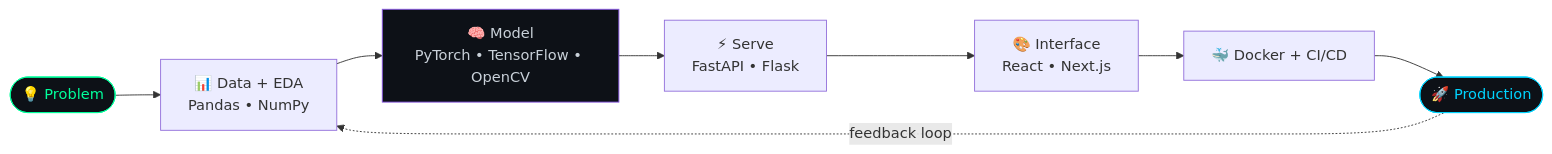
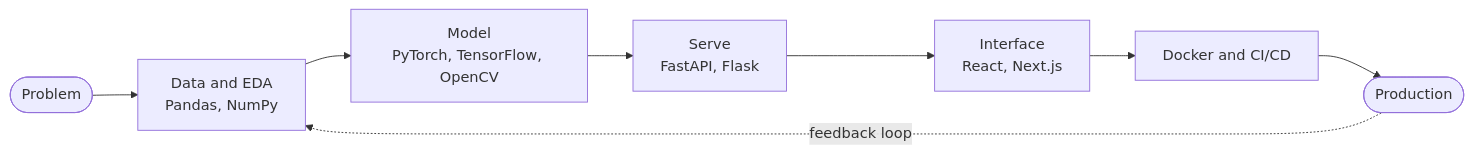
Before and after one commit to VARUN1128/VARUN1128: the first of 2 diagrams in README.md, drawn with Mermaid. The commit also changed other lines of this file, not shown here.

Commit message:
Refactor README.md for clarity and formatting

````diff
--- a/README.md
+++ b/README.md
@@ -83,14 +83,10 @@
 ```mermaid
 flowchart LR
-    A(["💡 Problem"]) --> B["📊 Data + EDA<br/>Pandas • NumPy"]
-    B --> C["🧠 Model<br/>PyTorch • TensorFlow • OpenCV"]
-    C --> D["⚡ Serve<br/>FastAPI • Flask"]
-    D --> E["🎨 Interface<br/>React • Next.js"]
-    E --> F["🐳 Docker + CI/CD"]
-    F --> G(["🚀 Production"])
-    G -. "feedback loop" .-> B
-
-    style A fill:#0d1117,stroke:#00ff9c,color:#00ff9c
-    style C fill:#0d1117,stroke:#8957e5,color:#c9d1d9
-    style G fill:#0d1117,stroke:#00d4ff,color:#00d4ff
+    A([Problem]) --> B[Data and EDA<br>Pandas, NumPy]
+    B --> C[Model<br>PyTorch, TensorFlow, OpenCV]
+    C --> D[Serve<br>FastAPI, Flask]
+    D --> E[Interface<br>React, Next.js]
+    E --> F[Docker and CI/CD]
+    F --> G([Production])
+    G -.->|feedback loop| B
 ```
````
